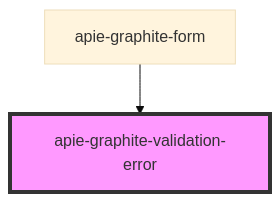
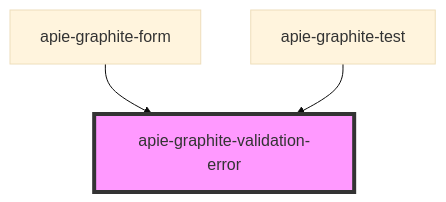
One commit to apie-lib/apie-graphite-layout changed the diagram in src/components/apie-graphite-validation-error/readme.md. Above: the diagram before and after it, drawn with Mermaid (base theme). The commit also changed other lines of this file and 14 other files, not shown here.

````diff
--- a/src/components/apie-graphite-validation-error/readme.md
+++ b/src/components/apie-graphite-validation-error/readme.md
@@ -23,5 +24,6 @@
 ```mermaid
 graph TD;
   apie-graphite-form --> apie-graphite-validation-error
+  apie-graphite-test --> apie-graphite-validation-error
   style apie-graphite-validation-error fill:#f9f,stroke:#333,stroke-width:4px
 ```
````
